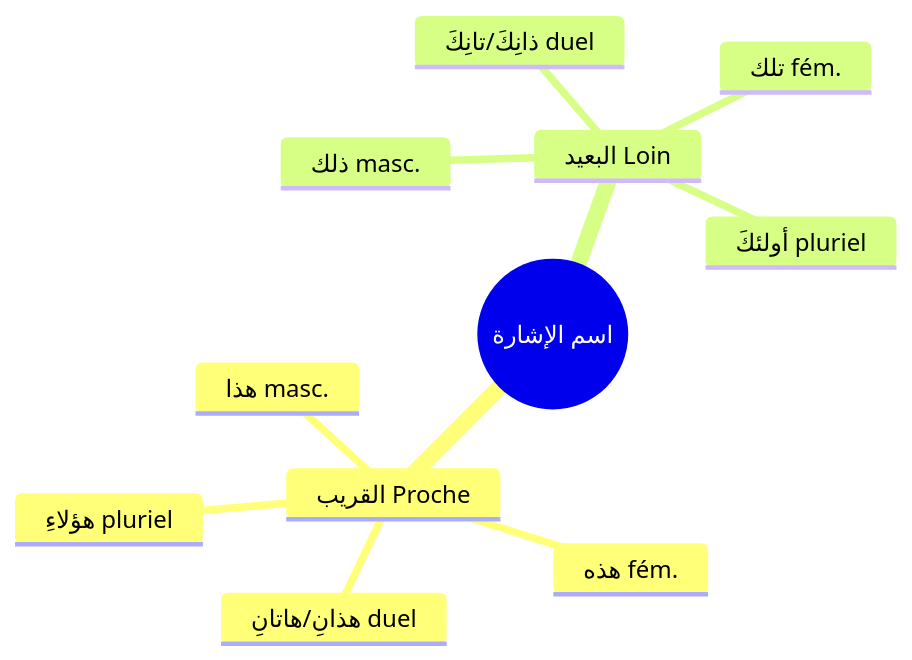
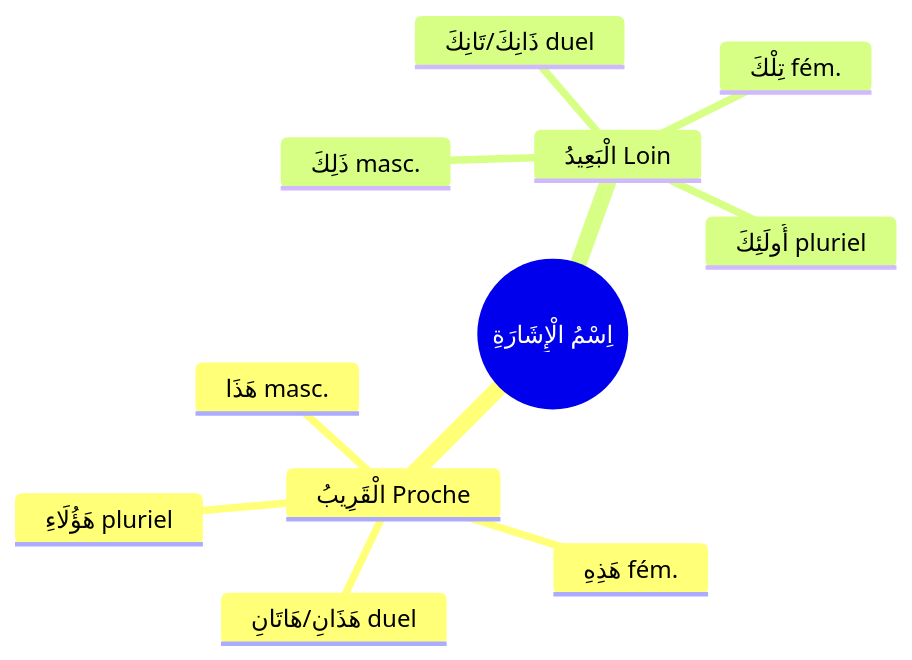
Before and after one commit to ClaudeMKA/obsidian-arabe: the diagram in content/Ism Ichara - Demonstratifs.md, drawn with Mermaid. The commit also changed other lines of this file and 27 other files, not shown here.

````diff
--- a/content/Ism Ichara - Demonstratifs.md
+++ b/content/Ism Ichara - Demonstratifs.md
@@ -8,14 +8,14 @@
 ```mermaid
 mindmap
-  root((اسم الإشارة))
-    القريب Proche
-      هذا masc.
-      هذه fém.
-      هذانِ/هاتانِ duel
-      هؤلاءِ pluriel
-    البعيد Loin
-      ذلك masc.
-      تلك fém.
-      ذانِكَ/تانِكَ duel
-      أولئكَ pluriel
+  root((اِسْمُ الْإِشَارَةِ))
+    الْقَرِيبُ Proche
+      هَذَا masc.
+      هَذِهِ fém.
+      هَذَانِ/هَاتَانِ duel
+      هَؤُلَاءِ pluriel
+    الْبَعِيدُ Loin
+      ذَلِكَ masc.
+      تِلْكَ fém.
+      ذَانِكَ/تَانِكَ duel
+      أُولَئِكَ pluriel
 ```
````
